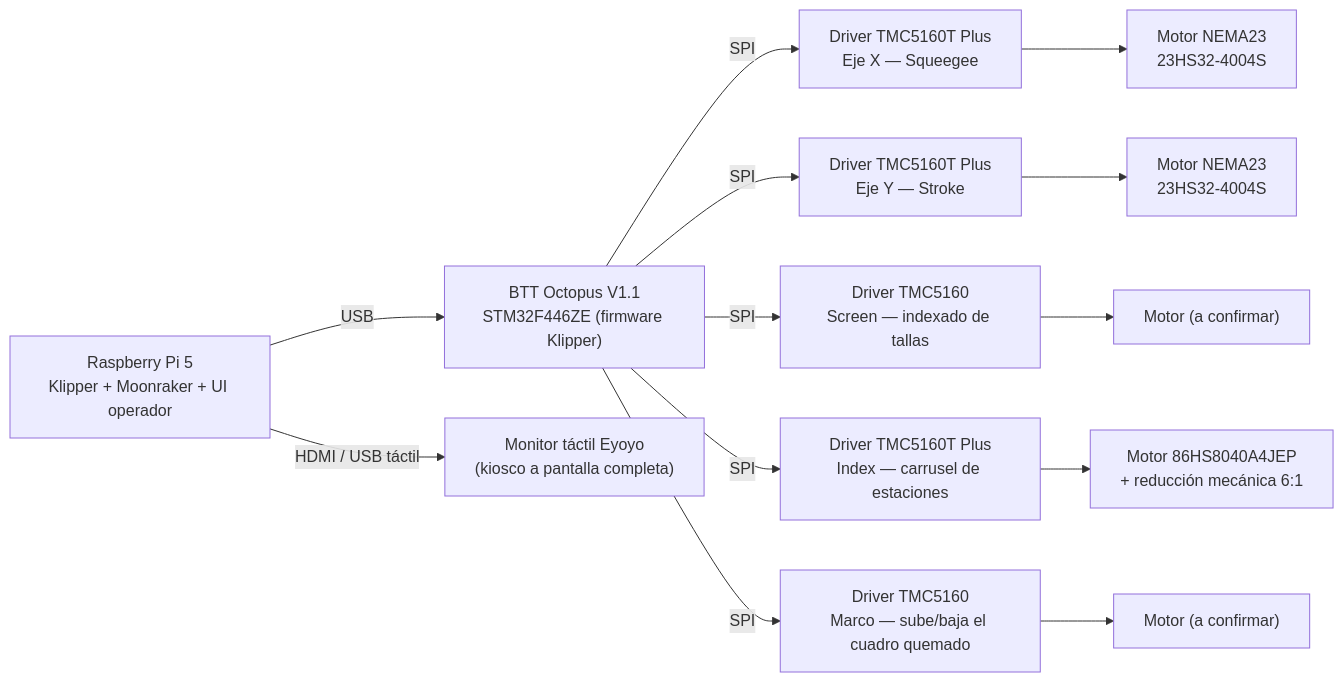
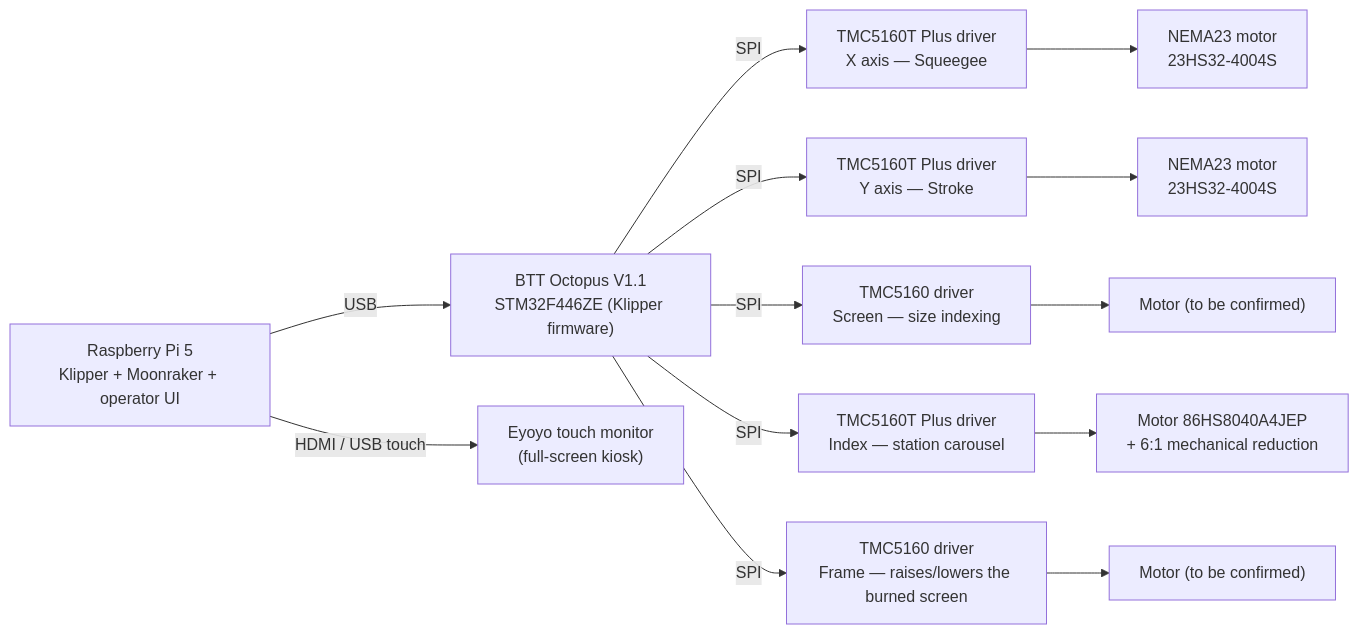
The first of 2 diagrams in README.md (erwin620/LP1-corexy-codigo), drawn with Mermaid before and after one commit. The commit also changed other lines of this file and 1 other file, not shown here.

````diff
--- a/README.md
+++ b/README.md
@@ -7,17 +9,17 @@
 ```mermaid
 flowchart LR
-    Pi["Raspberry Pi 5<br/>Klipper + Moonraker + UI operador"] -- USB --> Octopus["BTT Octopus V1.1<br/>STM32F446ZE (firmware Klipper)"]
-    Pi -- HDMI / USB táctil --> Monitor["Monitor táctil Eyoyo<br/>(kiosco a pantalla completa)"]
+    Pi["Raspberry Pi 5<br/>Klipper + Moonraker + operator UI"] -- USB --> Octopus["BTT Octopus V1.1<br/>STM32F446ZE (Klipper firmware)"]
+    Pi -- HDMI / USB touch --> Monitor["Eyoyo touch monitor<br/>(full-screen kiosk)"]
 
-    Octopus -- SPI --> DX["Driver TMC5160T Plus<br/>Eje X — Squeegee"]
-    Octopus -- SPI --> DY["Driver TMC5160T Plus<br/>Eje Y — Stroke"]
-    Octopus -- SPI --> DS["Driver TMC5160<br/>Screen — indexado de tallas"]
-    Octopus -- SPI --> DI["Driver TMC5160T Plus<br/>Index — carrusel de estaciones"]
-    Octopus -- SPI --> DM["Driver TMC5160<br/>Marco — sube/baja el cuadro quemado"]
+    Octopus -- SPI --> DX["TMC5160T Plus driver<br/>X axis — Squeegee"]
+    Octopus -- SPI --> DY["TMC5160T Plus driver<br/>Y axis — Stroke"]
+    Octopus -- SPI --> DS["TMC5160 driver<br/>Screen — size indexing"]
+    Octopus -- SPI --> DI["TMC5160T Plus driver<br/>Index — station carousel"]
+    Octopus -- SPI --> DM["TMC5160 driver<br/>Frame — raises/lowers the burned screen"]
 
-    DX --> MX["Motor NEMA23<br/>23HS32-4004S"]
-    DY --> MY["Motor NEMA23<br/>23HS32-4004S"]
-    DS --> MS["Motor (a confirmar)"]
-    DI --> MI["Motor 86HS8040A4JEP<br/>+ reducción mecánica 6:1"]
-    DM --> MM["Motor (a confirmar)"]
+    DX --> MX["NEMA23 motor<br/>23HS32-4004S"]
+    DY --> MY["NEMA23 motor<br/>23HS32-4004S"]
+    DS --> MS["Motor (to be confirmed)"]
+    DI --> MI["Motor 86HS8040A4JEP<br/>+ 6:1 mechanical reduction"]
+    DM --> MM["Motor (to be confirmed)"]
 ```
````
